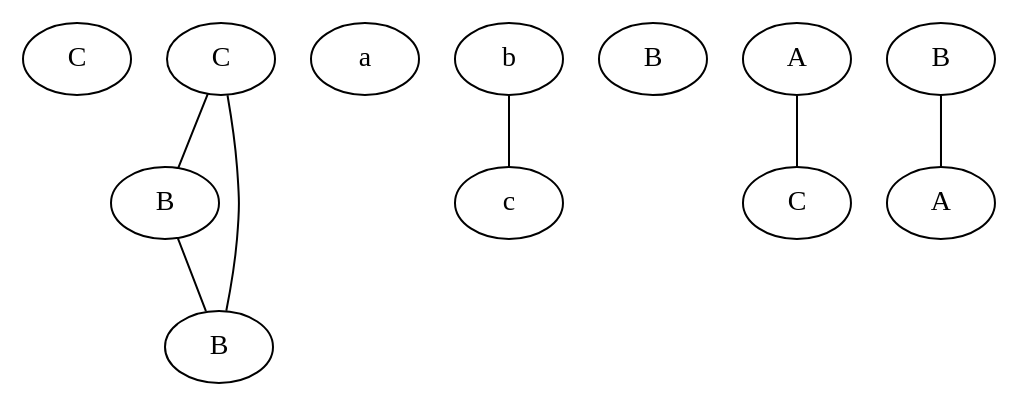
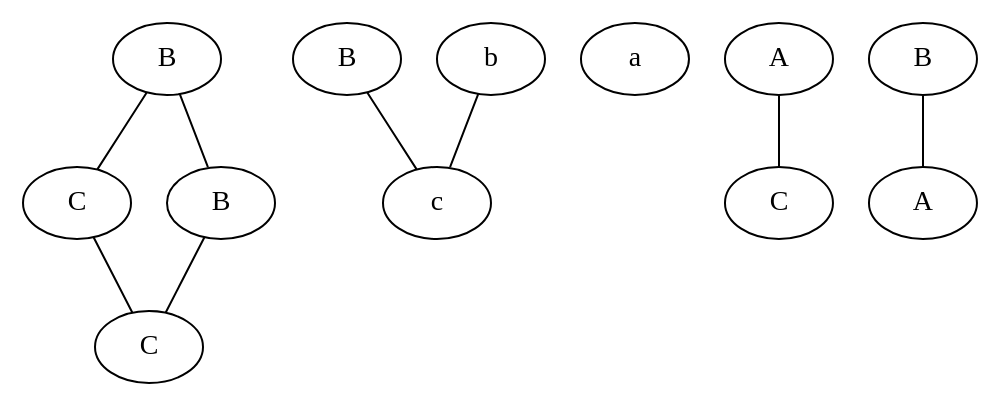
The diagram in Epoch9.gv (peep-hole/TiAG-Project), drawn with Graphviz before and after one commit. The commit also changed 10 other files, not shown here.

```diff
--- a/Epoch9.gv
+++ b/Epoch9.gv
@@ -1,20 +1,22 @@
 strict graph G {
+  1 [ label="B" ];
   2 [ label="C" ];
-  6 [ label="C" ];
+  3 [ label="B" ];
+  4 [ label="C" ];
   7 [ label="B" ];
-  8 [ label="B" ];
   5 [ label="a" ];
-  3 [ label="b" ];
-  4 [ label="c" ];
-  9 [ label="B" ];
+  8 [ label="b" ];
+  6 [ label="c" ];
   0 [ label="A" ];
   10 [ label="C" ];
-  1 [ label="B" ];
+  9 [ label="B" ];
   11 [ label="A" ];
-  6 -- 7;
-  7 -- 8;
+  1 -- 2;
+  3 -- 4;
+  1 -- 3;
+  2 -- 4;
+  7 -- 6;
   8 -- 6;
-  3 -- 4;
   0 -- 10;
-  1 -- 11;
+  9 -- 11;
 }
```
